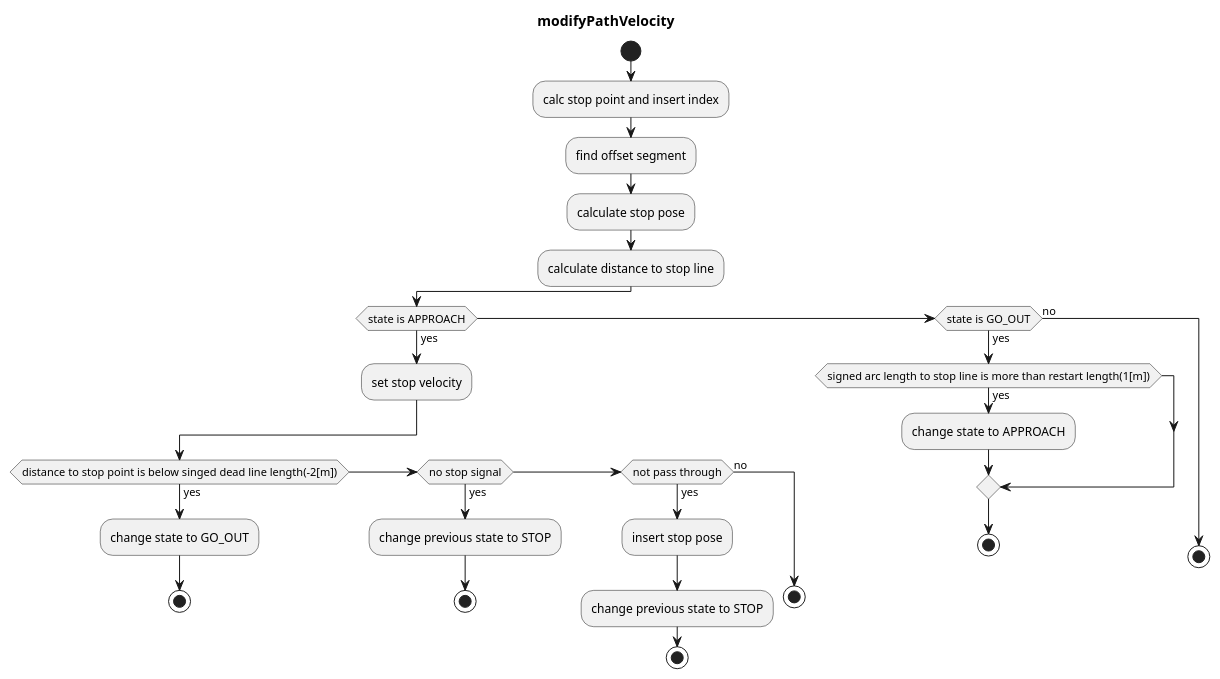
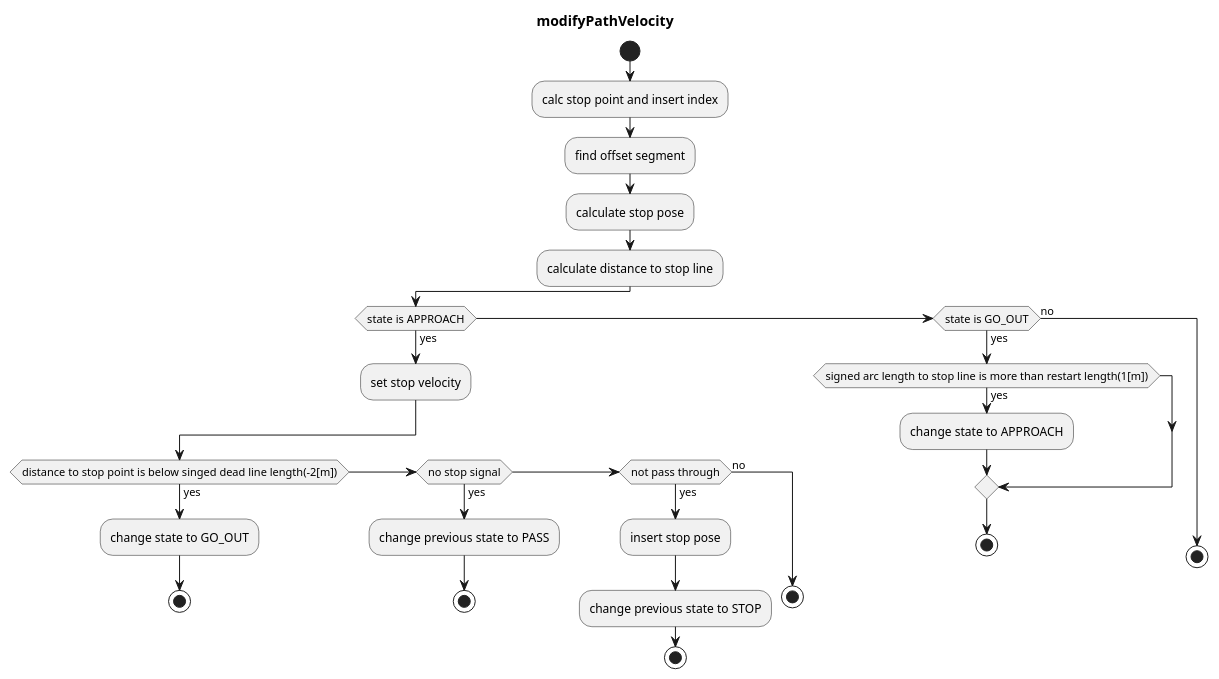
Before and after one commit to autowarefoundation/autoware: the diagram in planning/behavior_velocity_traffic_light_module/README.md, drawn with PlantUML. The commit also changed other lines of this file and 4 other files, not shown here.

````diff
--- a/planning/behavior_velocity_traffic_light_module/README.md
+++ b/planning/behavior_velocity_traffic_light_module/README.md
@@ -75,39 +82,39 @@
 ```plantuml
 @startuml
 title modifyPathVelocity
 start
 
 :calc stop point and insert index;
 
 :find offset segment;
 
 :calculate stop pose;
 
 :calculate distance to stop line;
 
 if (state is APPROACH) then (yes)
   :set stop velocity;
   if (distance to stop point is below singed dead line length(-2[m])) then (yes)
     :change state to GO_OUT;
     stop
   elseif (no stop signal) then (yes)
-    :change previous state to STOP;
+    :change previous state to PASS;
     stop
   elseif (not pass through) then (yes)
     :insert stop pose;
     :change previous state to STOP;
     stop
   else(no)
     stop
   endif
 elseif(state is GO_OUT) then (yes)
   if (signed arc length to stop line is more than restart length(1[m])) then (yes)
     :change state to APPROACH;
   endif
   stop
 else(no)
   stop
 endif
 
 @enduml
 ```
````
